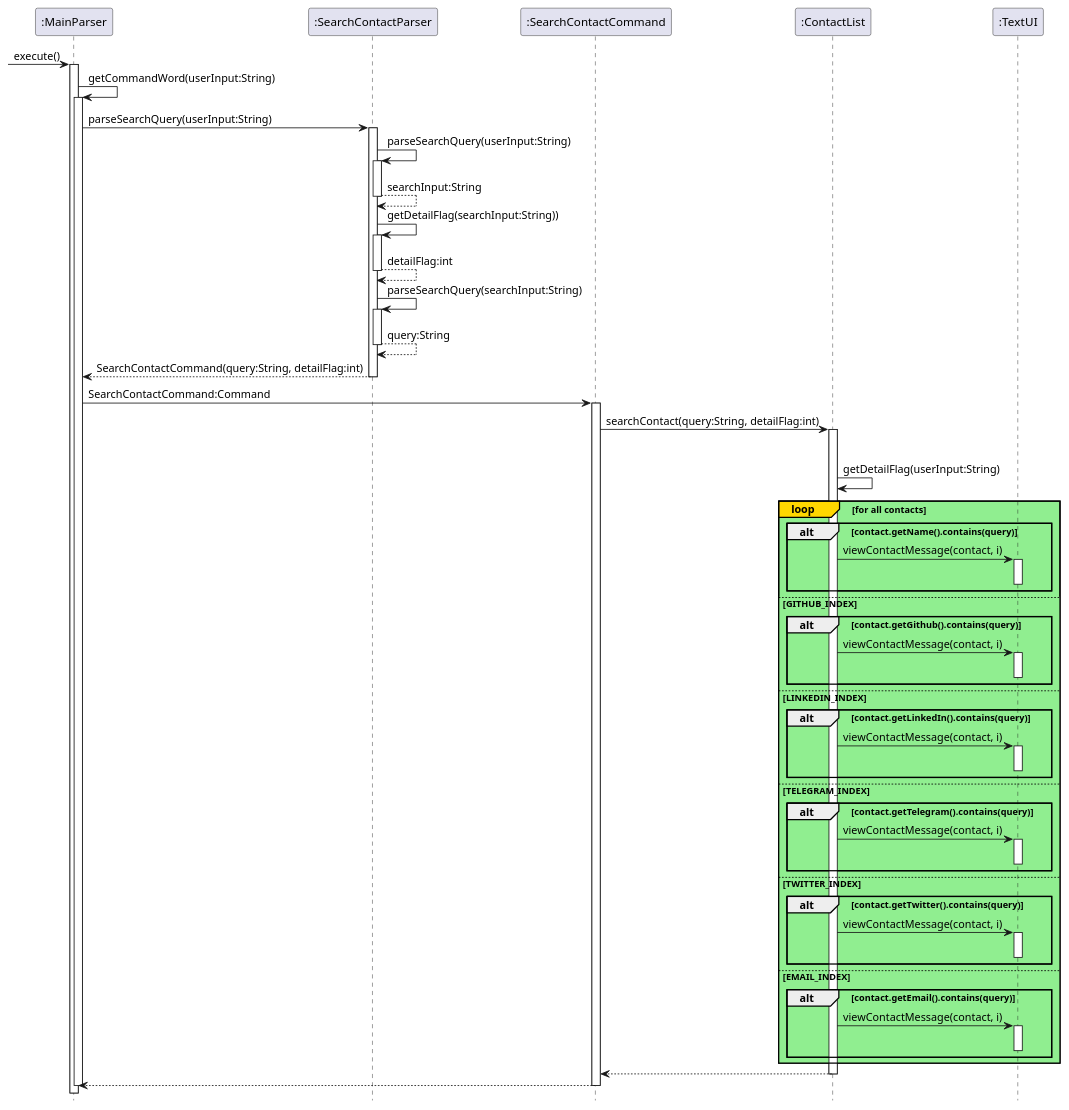
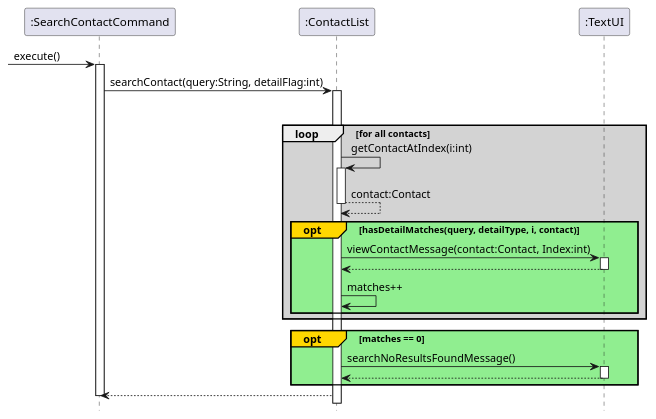
The diagram in docs/diagrams/SearchContactCommand.puml (nus-cs2113-AY2122S1/tp), drawn with PlantUML before and after one commit.

Commit message:
Update Search Contact Command UML

```diff
--- a/docs/diagrams/SearchContactCommand.puml
+++ b/docs/diagrams/SearchContactCommand.puml
@@ -1,89 +1,38 @@
 @startuml
 hide footbox
 'https://plantuml.com/sequence-diagram
 
--> ":MainParser": execute()
-activate ":MainParser"
+-> ":SearchContactCommand": execute()
+activate ":SearchContactCommand"
 
-":MainParser" -> ":MainParser" :getCommandWord(userInput:String)
-activate ":MainParser"
-":MainParser" -> ":SearchContactParser" :parseSearchQuery(userInput:String)
-activate ":SearchContactParser"
-
-":SearchContactParser" -> ":SearchContactParser" :parseSearchQuery(userInput:String)
-activate ":SearchContactParser"
-":SearchContactParser" --> ":SearchContactParser" :searchInput:String
-deactivate ":SearchContactParser"
-
-":SearchContactParser" -> ":SearchContactParser" :getDetailFlag(searchInput:String))
-activate ":SearchContactParser"
-":SearchContactParser" --> ":SearchContactParser" :detailFlag:int
-deactivate ":SearchContactParser"
-
-":SearchContactParser" -> ":SearchContactParser" :parseSearchQuery(searchInput:String)
-activate ":SearchContactParser"
-":SearchContactParser" --> ":SearchContactParser" :query:String
-deactivate ":SearchContactParser"
-
-
-":SearchContactParser" --> ":MainParser" : SearchContactCommand(query:String, detailFlag:int)
-deactivate ":SearchContactParser"
-
-":MainParser" -> ":SearchContactCommand" : SearchContactCommand:Command
-activate ":SearchContactCommand"
 
 ":SearchContactCommand" -> ":ContactList" : searchContact(query:String, detailFlag:int)
 activate ":ContactList"
 
 loop for all contacts
-":ContactList" -> ":ContactList" :getDetailFlag(userInput:String)
-loop#gold #lightgreen for all contacts
-    alt contact.getName().contains(query)
-    ":ContactList" -> ":TextUI" : viewContactMessage(contact, i)
-    activate ":TextUI"
-    deactivate ":TextUI"
+    loop #lightgrey for all contacts
+    ":ContactList" -> ":ContactList" :getContactAtIndex(i:int)
+    activate ":ContactList"
+    ":ContactList" --> ":ContactList" :contact:Contact
+    deactivate ":ContactList"
+
+        opt#gold #lightgreen hasDetailMatches(query, detailType, i, contact)
+        ":ContactList" -> ":TextUI" :viewContactMessage(contact:Contact, Index:int)
+        activate ":TextUI"
+        ":TextUI" --> ":ContactList"
+        deactivate ":TextUI"
+        ":ContactList" -> ":ContactList" : matches++
     end
+end
 
-    else GITHUB_INDEX
-    alt contact.getGithub().contains(query)
-    ":ContactList" -> ":TextUI" : viewContactMessage(contact, i)
-    activate ":TextUI"
-    deactivate ":TextUI"
-    end
-
-    else LINKEDIN_INDEX
-    alt contact.getLinkedIn().contains(query)
-    ":ContactList" -> ":TextUI" : viewContactMessage(contact, i)
-    activate ":TextUI"
-    deactivate ":TextUI"
-    end
-
-    else TELEGRAM_INDEX
-    alt contact.getTelegram().contains(query)
-    ":ContactList" -> ":TextUI" : viewContactMessage(contact, i)
-    activate ":TextUI"
-    deactivate ":TextUI"
-    end
-    else TWITTER_INDEX
-    alt contact.getTwitter().contains(query)
-    ":ContactList" -> ":TextUI" : viewContactMessage(contact, i)
-    activate ":TextUI"
-    deactivate ":TextUI"
-    end
-    else EMAIL_INDEX
-    alt contact.getEmail().contains(query)
-    ":ContactList" -> ":TextUI" : viewContactMessage(contact, i)
-    activate ":TextUI"
-    deactivate ":TextUI"
-    end end
+opt#gold #lightgreen matches == 0
+":ContactList"->":TextUI":searchNoResultsFoundMessage()
+activate ":TextUI"
+":TextUI" --> ":ContactList"
+deactivate ":TextUI"
 end
 
 ":ContactList"-->":SearchContactCommand"
-deactivate ":ContactList"
-
-":SearchContactCommand"-->":MainParser"
 deactivate ":SearchContactCommand"
-deactivate ":MainParser"
-
 
 @enduml
```
